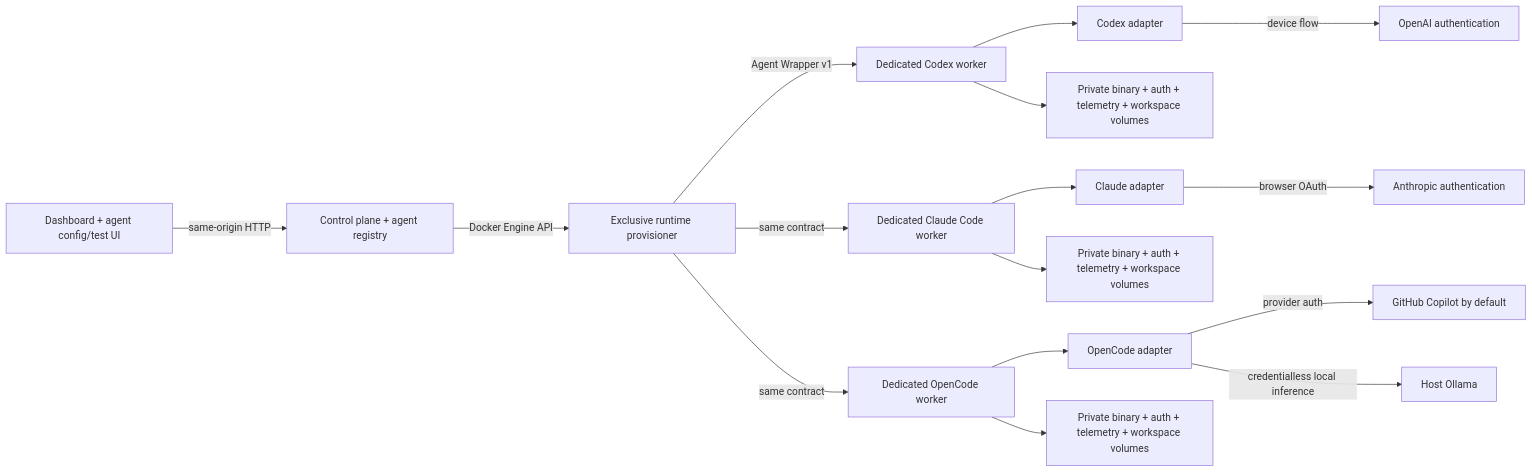
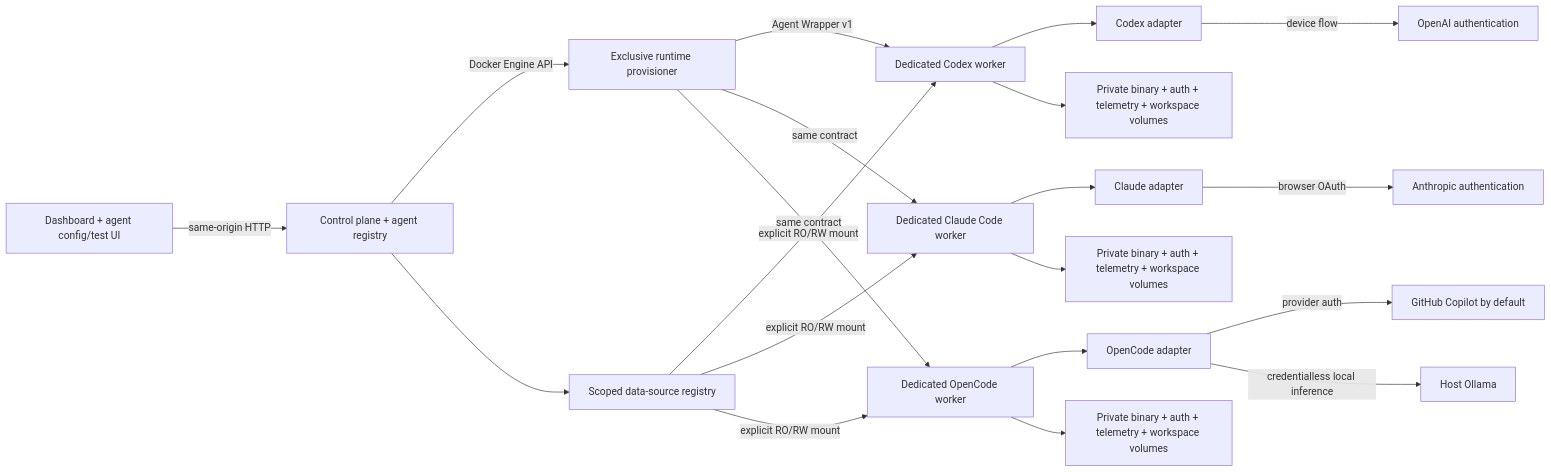
One commit to alext-avi/agent-dock changed the diagram in README.md. Above: the diagram before and after it, drawn with Mermaid. The commit also changed other lines of this file and 19 other files, not shown here.

Commit message:
feat: add scoped data attachments

````diff
--- a/README.md
+++ b/README.md
@@ -41,18 +43,22 @@
 ```mermaid
 flowchart LR
   B["Dashboard + agent config/test UI"] -->|"same-origin HTTP"| C["Control plane + agent registry"]
   C -->|"Docker Engine API"| P["Exclusive runtime provisioner"]
   P -->|"Agent Wrapper v1"| W1["Dedicated Codex worker"]
   P -->|"same contract"| W2["Dedicated Claude Code worker"]
   P -->|"same contract"| W3["Dedicated OpenCode worker"]
   W1 --> A1["Codex adapter"]
   W2 --> A2["Claude adapter"]
   W3 --> A3["OpenCode adapter"]
   A1 -->|"device flow"| O1["OpenAI authentication"]
   A2 -->|"browser OAuth"| O2["Anthropic authentication"]
   A3 -->|"provider auth"| O3["GitHub Copilot by default"]
   A3 -->|"credentialless local inference"| O4["Host Ollama"]
   W1 --> V1["Private binary + auth + telemetry + workspace volumes"]
   W2 --> V2["Private binary + auth + telemetry + workspace volumes"]
   W3 --> V3["Private binary + auth + telemetry + workspace volumes"]
+  C --> D["Scoped data-source registry"]
+  D -->|"explicit RO/RW mount"| W1
+  D -->|"explicit RO/RW mount"| W2
+  D -->|"explicit RO/RW mount"| W3
 ```
````
